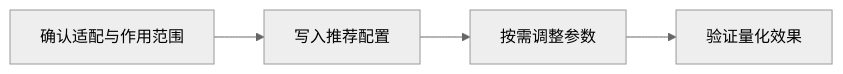
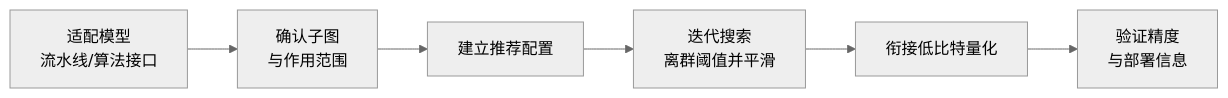
The diagram in msmodelslim/docs/zh/knowledge_base/quantization_algorithms/oasq/usage_oasq.md (mindstudio-docs/master), drawn with Mermaid (neutral theme) before and after one commit. The commit also changed other lines of this file and 235 other files, not shown here.

````diff
--- a/msmodelslim/docs/zh/knowledge_base/quantization_algorithms/oasq/usage_oasq.md
+++ b/msmodelslim/docs/zh/knowledge_base/quantization_algorithms/oasq/usage_oasq.md
@@ -25,6 +33,8 @@
 ```mermaid
 flowchart LR
-    A[确认适配与作用范围] --> B[写入推荐配置]
-    B[写入推荐配置] --> C[按需调整参数]
-    C[按需调整参数] --> D[验证量化效果]
+    A[适配模型<br/>流水线/算法接口] --> B[确认子图<br/>与作用范围]
+    B --> C[建立推荐配置]
+    C --> D[迭代搜索<br/>离群阈值并平滑]
+    D --> E[衔接低比特量化]
+    E --> F[验证精度<br/>与部署信息]
 ```
````
